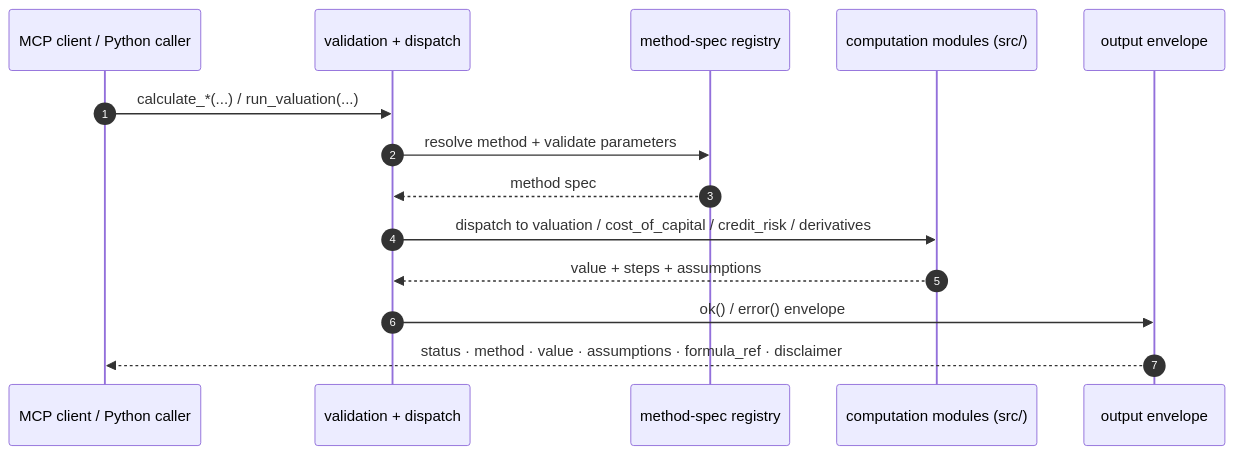
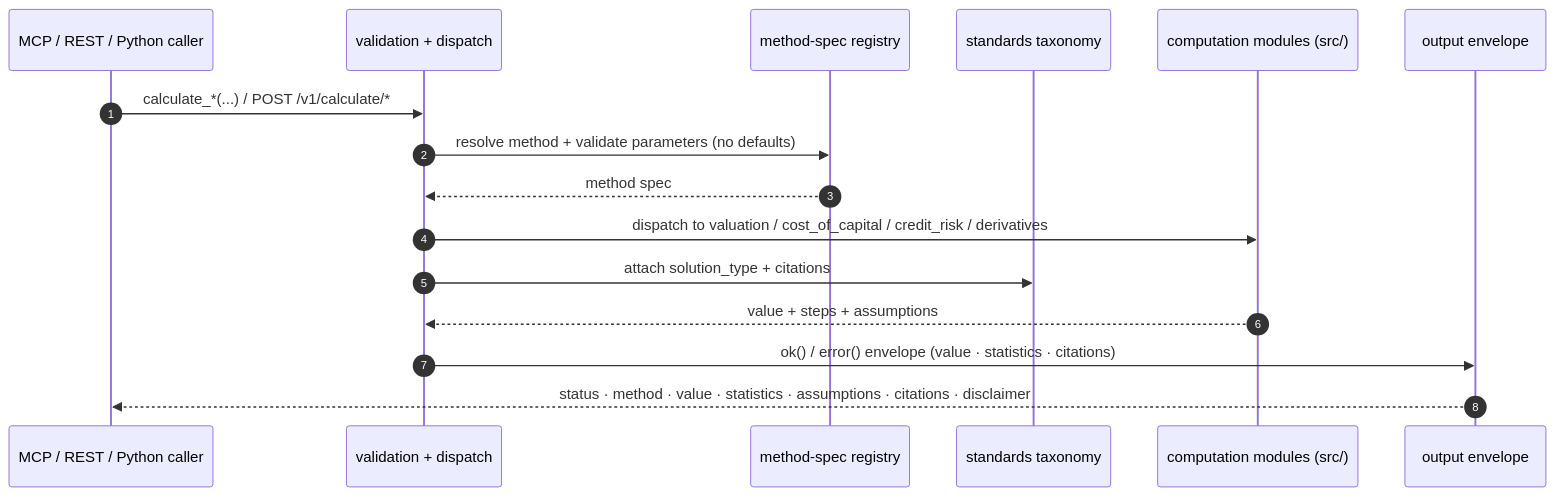
The third of 4 diagrams in README.md (simonmak-ascent/fair-value), drawn with Mermaid before and after one commit. The commit also changed other lines of this file and 11 other files, not shown here.

````diff
--- a/README.md
+++ b/README.md
@@ -117,16 +161,18 @@
 ```mermaid
 sequenceDiagram
     autonumber
-    participant C as MCP client / Python caller
+    participant C as MCP / REST / Python caller
     participant E as validation + dispatch
     participant R as method-spec registry
+    participant S as standards taxonomy
     participant M as computation modules (src/)
     participant O as output envelope
-    C->>E: calculate_*(...) / run_valuation(...)
-    E->>R: resolve method + validate parameters
+    C->>E: calculate_*(...) / POST /v1/calculate/*
+    E->>R: resolve method + validate parameters (no defaults)
     R-->>E: method spec
     E->>M: dispatch to valuation / cost_of_capital / credit_risk / derivatives
+    E->>S: attach solution_type + citations
     M-->>E: value + steps + assumptions
-    E->>O: ok() / error() envelope
-    O-->>C: status · method · value · assumptions · formula_ref · disclaimer
+    E->>O: ok() / error() envelope (value · statistics · citations)
+    O-->>C: status · method · value · statistics · assumptions · citations · disclaimer
 ```
````
